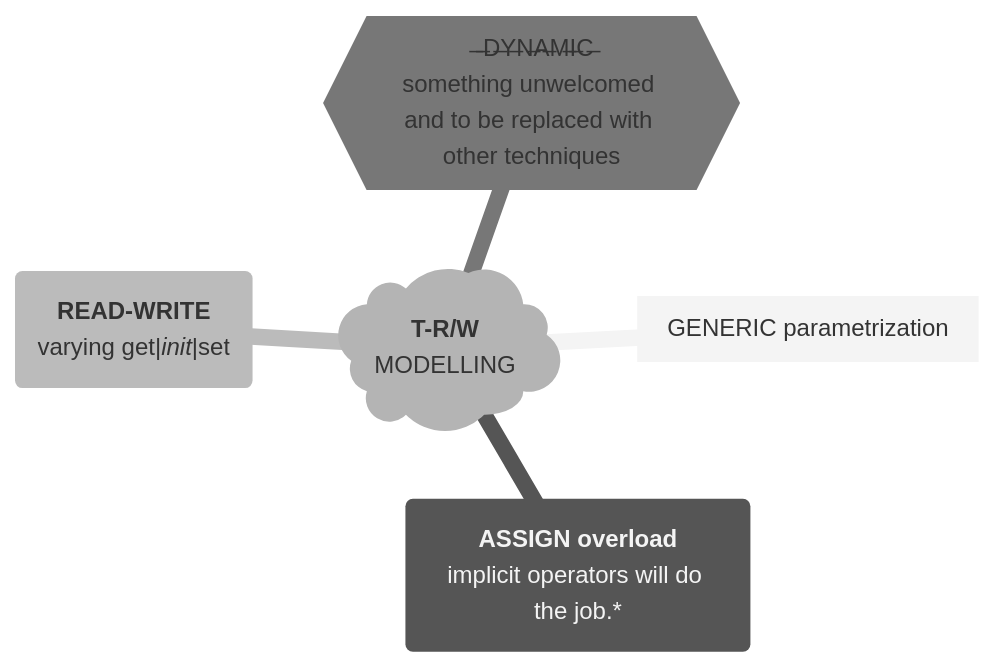
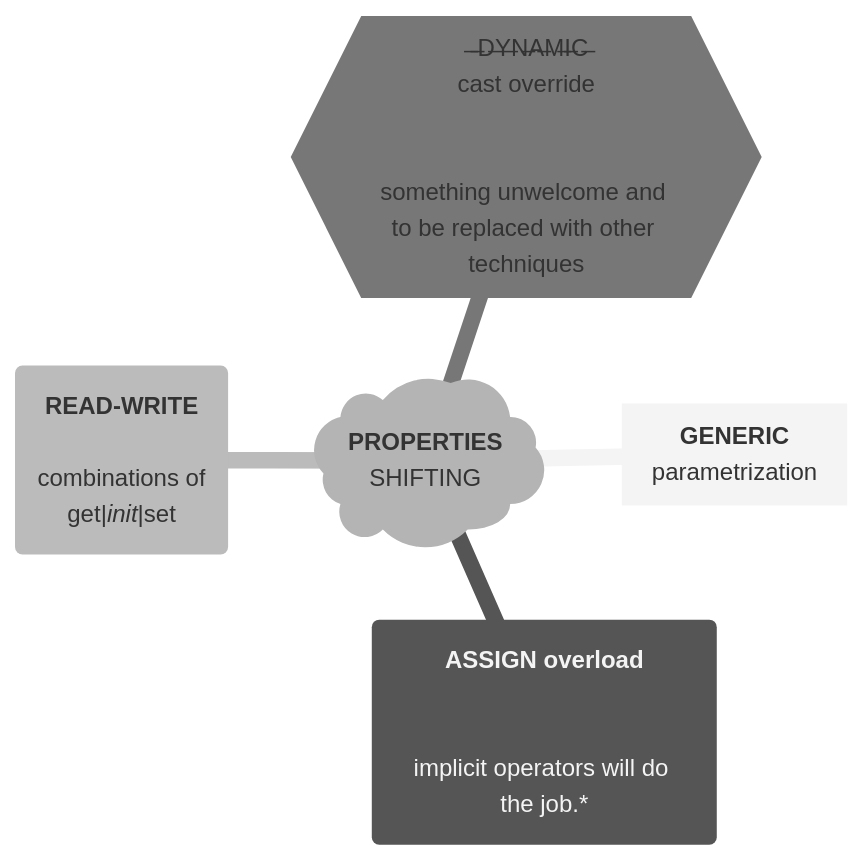
One commit to Kyriosity/use-dev changed the diagram in README+/techniques/README+/polymorphism+/README+/prop_shift.md. Above: the diagram before and after it, drawn with Mermaid (neutral theme).

Commit message:
🚧🖌️ prop_shift.md✒️

````diff
--- a/README+/techniques/README+/polymorphism+/README+/prop_shift.md
+++ b/README+/techniques/README+/polymorphism+/README+/prop_shift.md
@@ -13,17 +13,23 @@
 ```mermaid
 
 mindmap
-    props)"`**T-R/W** 
-MODELLING`"(
-      T["`GENERIC parametrization`"]
+    props)"`**PROPERTIES** 
+SHIFTING`"(
+      T["`**GENERIC**
+parametrization`"]
 
       EQ("`**ASSIGN overload**
+#0010;
 implicit operators will do the job.*`")
 
       RW("`**READ-WRITE**
-varying get|_init_|set`")
+#0010;
+combinations of
+get|_init_|set`")
 
       DYN{{ ̶ ̶D̶Y̶N̶A̶M̶I̶C̶
-something unwelcomed and to be replaced with other techniques}}
+cast override
+#0010;
+something unwelcome and to be replaced with other techniques}}
 
 ```
````
